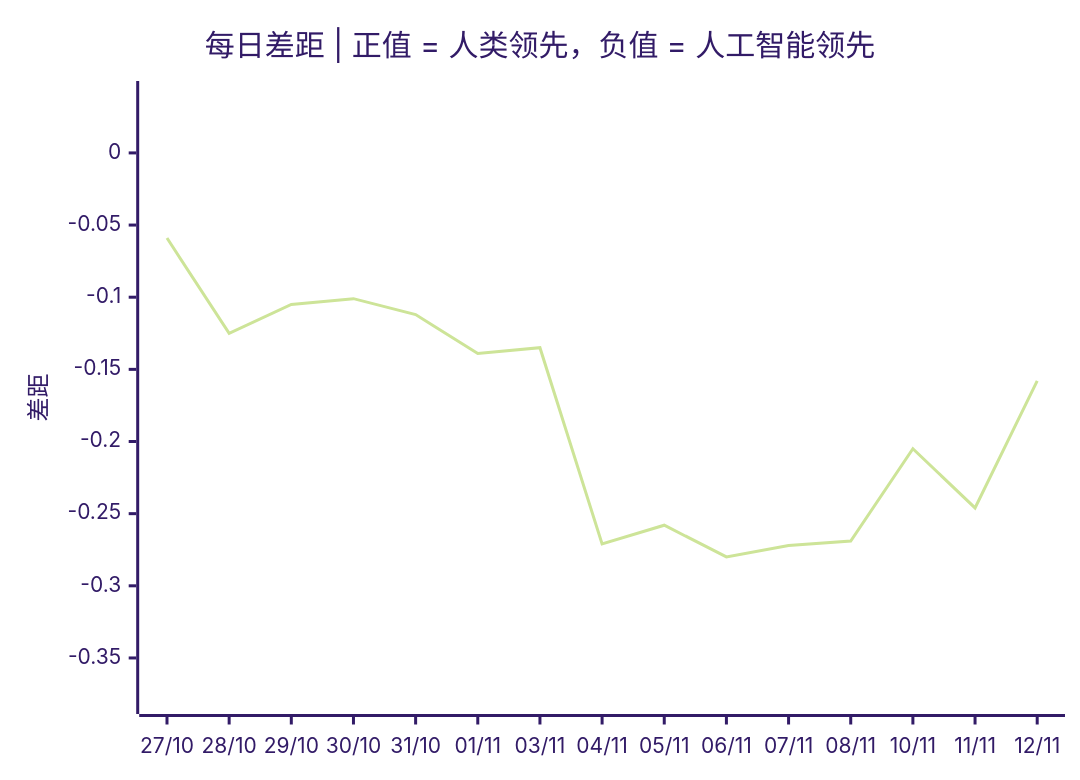
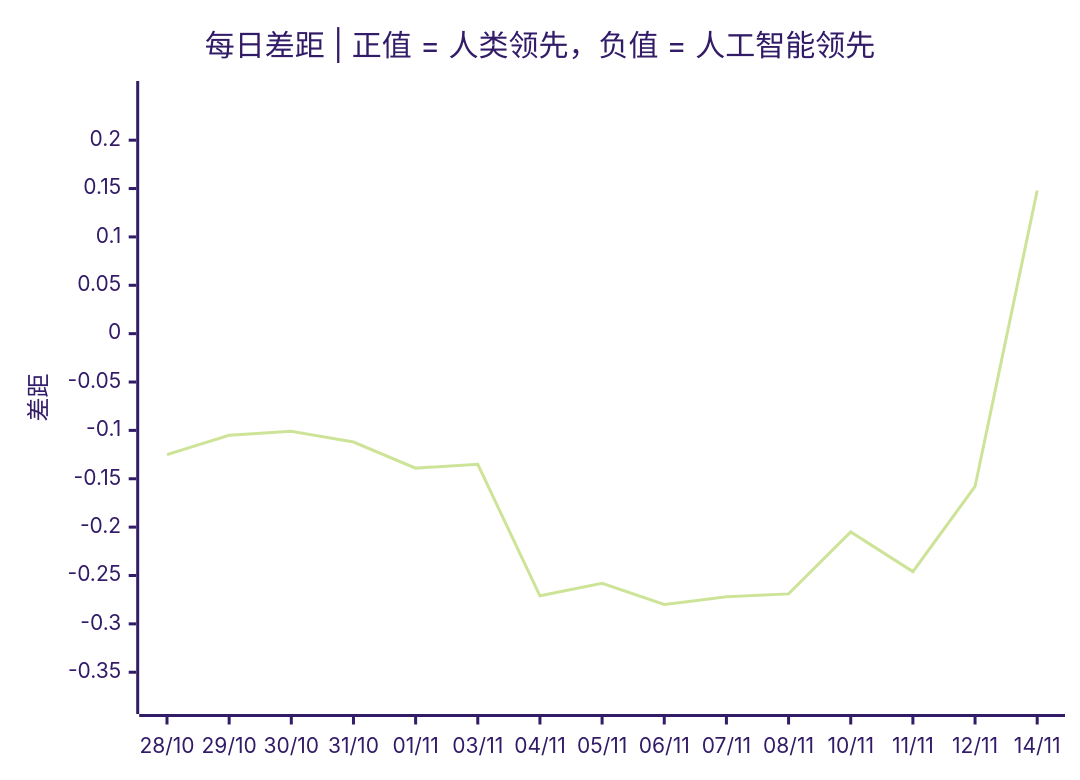
One commit to VQQLK/Human-AI-Monitor changed the third of 3 diagrams in README.zh.md. Above: the diagram before and after it, drawn with Mermaid (forest theme). The commit also changed other lines of this file and 3 other files, not shown here.

````diff
--- a/README.zh.md
+++ b/README.zh.md
@@ -56,7 +56,7 @@
 ```mermaid
 xychart-beta
     title "每日差距 | 正值 = 人类领先，负值 = 人工智能领先"
-    x-axis ["27/10", "28/10", "29/10", "30/10", "31/10", "01/11", "03/11", "04/11", "05/11", "06/11", "07/11", "08/11", "10/11", "11/11", "12/11"]
-    y-axis "差距" -0.380 --> 0.041
-    line [-0.059, -0.125, -0.105, -0.101, -0.112, -0.139, -0.135, -0.271, -0.258, -0.280, -0.272, -0.269, -0.205, -0.246, -0.158]
+    x-axis ["28/10", "29/10", "30/10", "31/10", "01/11", "03/11", "04/11", "05/11", "06/11", "07/11", "08/11", "10/11", "11/11", "12/11", "14/11"]
+    y-axis "差距" -0.380 --> 0.248
+    line [-0.125, -0.105, -0.101, -0.112, -0.139, -0.135, -0.271, -0.258, -0.280, -0.272, -0.269, -0.205, -0.246, -0.158, 0.148]
 ```
````
